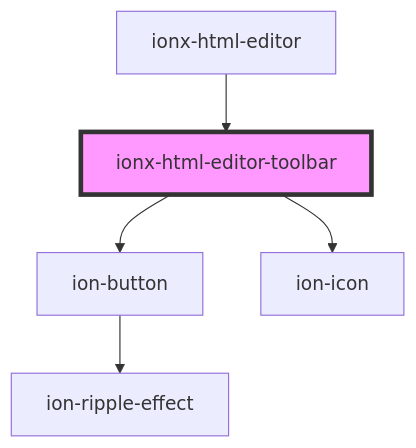
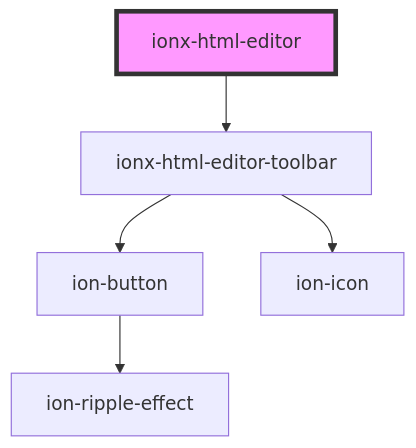
Before and after one commit to co-mmons/ionx: the diagram in modules/HtmlEditor/src/readme.md, drawn with Mermaid. The commit also changed other lines of this file and 88 other files, not shown here.

````diff
--- a/modules/HtmlEditor/src/readme.md
+++ b/modules/HtmlEditor/src/readme.md
@@ -27,8 +79,8 @@
 ```mermaid
 graph TD;
+  ionx-html-editor --> ionx-html-editor-toolbar
   ionx-html-editor-toolbar --> ion-button
   ionx-html-editor-toolbar --> ion-icon
   ion-button --> ion-ripple-effect
-  ionx-html-editor --> ionx-html-editor-toolbar
-  style ionx-html-editor-toolbar fill:#f9f,stroke:#333,stroke-width:4px
+  style ionx-html-editor fill:#f9f,stroke:#333,stroke-width:4px
 ```
````
